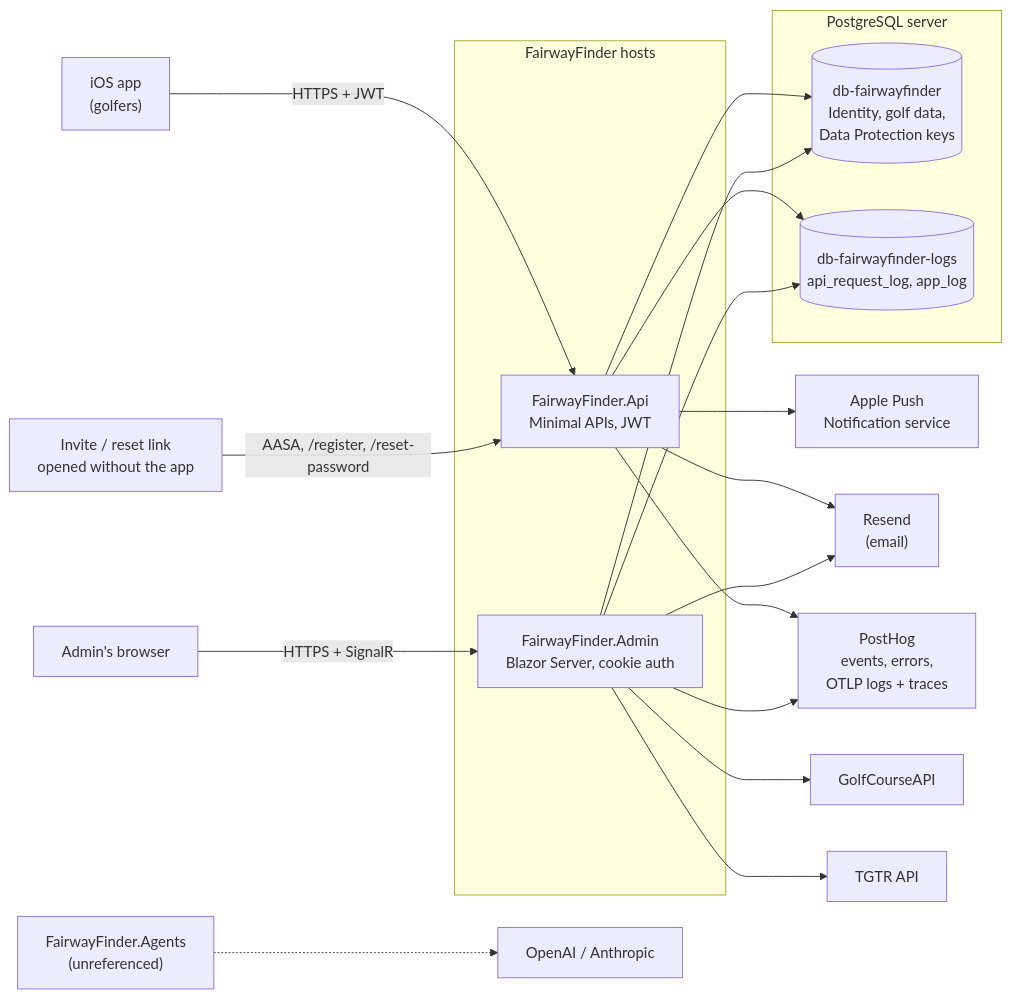
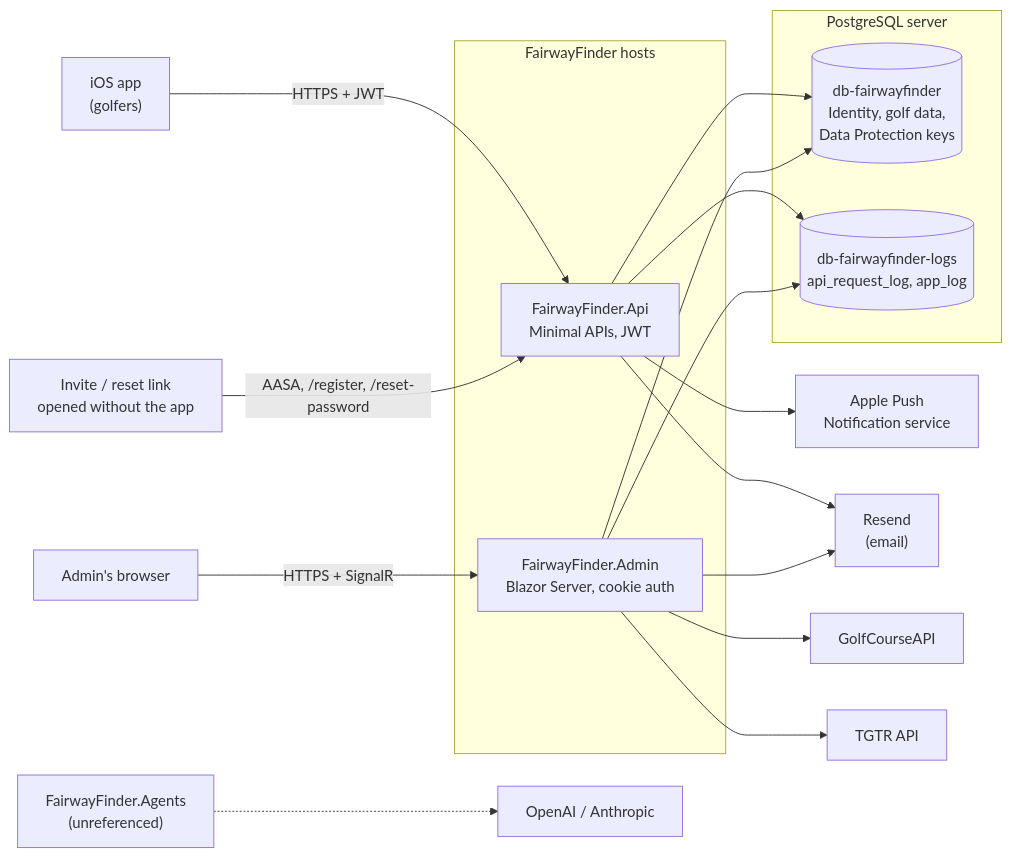
The first of 3 diagrams in docs/architecture/overview.md (georgebjork/FairwayFinder), drawn with Mermaid before and after one commit. The commit also changed other lines of this file and 56 other files, not shown here.

````diff
--- a/docs/architecture/overview.md
+++ b/docs/architecture/overview.md
@@ -7,42 +7,39 @@
 ```mermaid
 flowchart LR
     ios["iOS app<br/>(golfers)"]
     browser["Admin's browser"]
     web["Invite / reset link<br/>opened without the app"]
 
     subgraph hosts["FairwayFinder hosts"]
         api["FairwayFinder.Api<br/>Minimal APIs, JWT"]
         admin["FairwayFinder.Admin<br/>Blazor Server, cookie auth"]
     end
 
     subgraph pg["PostgreSQL server"]
         maindb[("db-fairwayfinder<br/>Identity, golf data,<br/>Data Protection keys")]
         logdb[("db-fairwayfinder-logs<br/>api_request_log, app_log")]
     end
 
     apns["Apple Push<br/>Notification service"]
     resend["Resend<br/>(email)"]
-    posthog["PostHog<br/>events, errors,<br/>OTLP logs + traces"]
     gcapi["GolfCourseAPI"]
     tgtr["TGTR API"]
     openai["OpenAI / Anthropic"]
     agents["FairwayFinder.Agents<br/>(unreferenced)"]
 
     ios -- "HTTPS + JWT" --> api
     web -- "AASA, /register, /reset-password" --> api
     browser -- "HTTPS + SignalR" --> admin
 
     api --> maindb
     api --> logdb
     admin --> maindb
     admin --> logdb
 
     api --> apns
     api --> resend
-    api --> posthog
     admin --> resend
-    admin --> posthog
     admin --> gcapi
     admin --> tgtr
     agents -.-> openai
 ```
````
